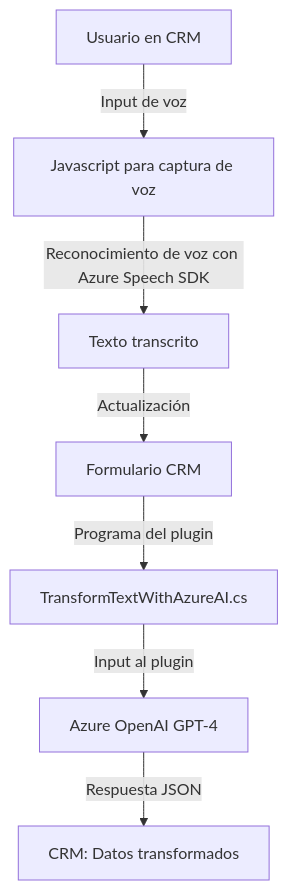
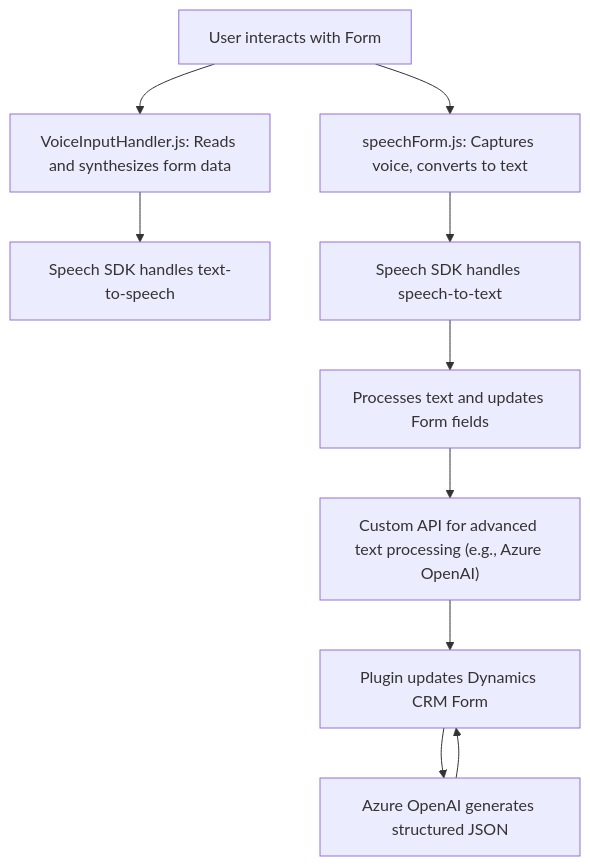
Before and after one commit to blopezdm/NETCORE_BILBAO2025: the diagram in README.md, drawn with Mermaid. The commit also changed other lines of this file, not shown here.

Commit message:
Actualizar análisis global de la solución con IA

````diff
--- a/README.md
+++ b/README.md
@@ -30,9 +28,12 @@
 ```mermaid
 graph TD
-    A["Usuario en CRM"] -->|Input de voz| B["Javascript para captura de voz"]
-    B -->|Reconocimiento de voz con Azure Speech SDK| C["Texto transcrito"]
-    C -->|Actualización| D["Formulario CRM"]
-    D -->|Programa del plugin| E["TransformTextWithAzureAI.cs"]
-    E -->|Input al plugin| F["Azure OpenAI GPT-4"]
-    F -->|Respuesta JSON| G["CRM: Datos transformados"]
+    A["User interacts with Form"] --> B["VoiceInputHandler.js: Reads and synthesizes form data"]
+    B --> C["Speech SDK handles text-to-speech"]
+    A --> D["speechForm.js: Captures voice, converts to text"]
+    D --> E["Speech SDK handles speech-to-text"]
+    E --> F["Processes text and updates Form fields"]
+    F --> G["Custom API for advanced text processing (e.g., Azure OpenAI)"]
+    G --> H["Plugin sends input text to Azure AI"]
+    H --> I["Azure OpenAI generates structured JSON"]
+    I --> H["Plugin updates Dynamics CRM Form"]
 ```
````
